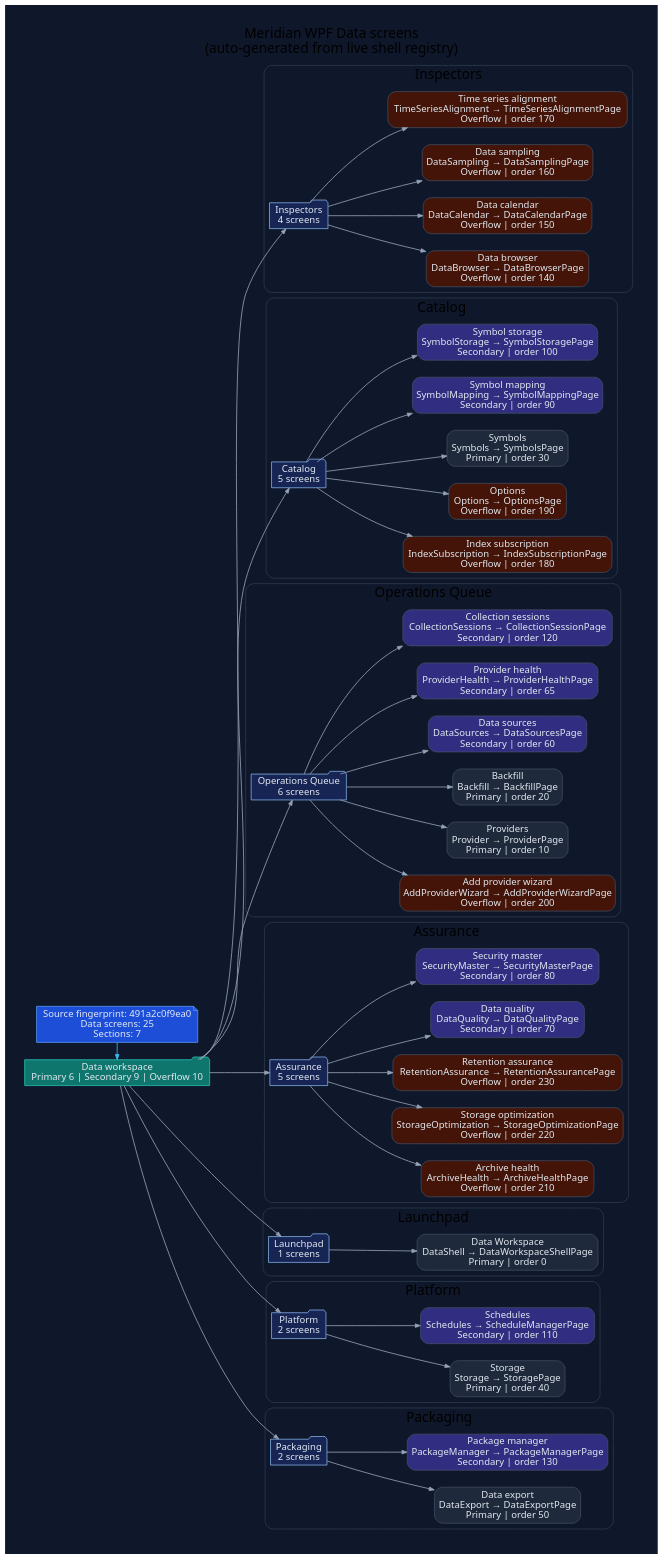
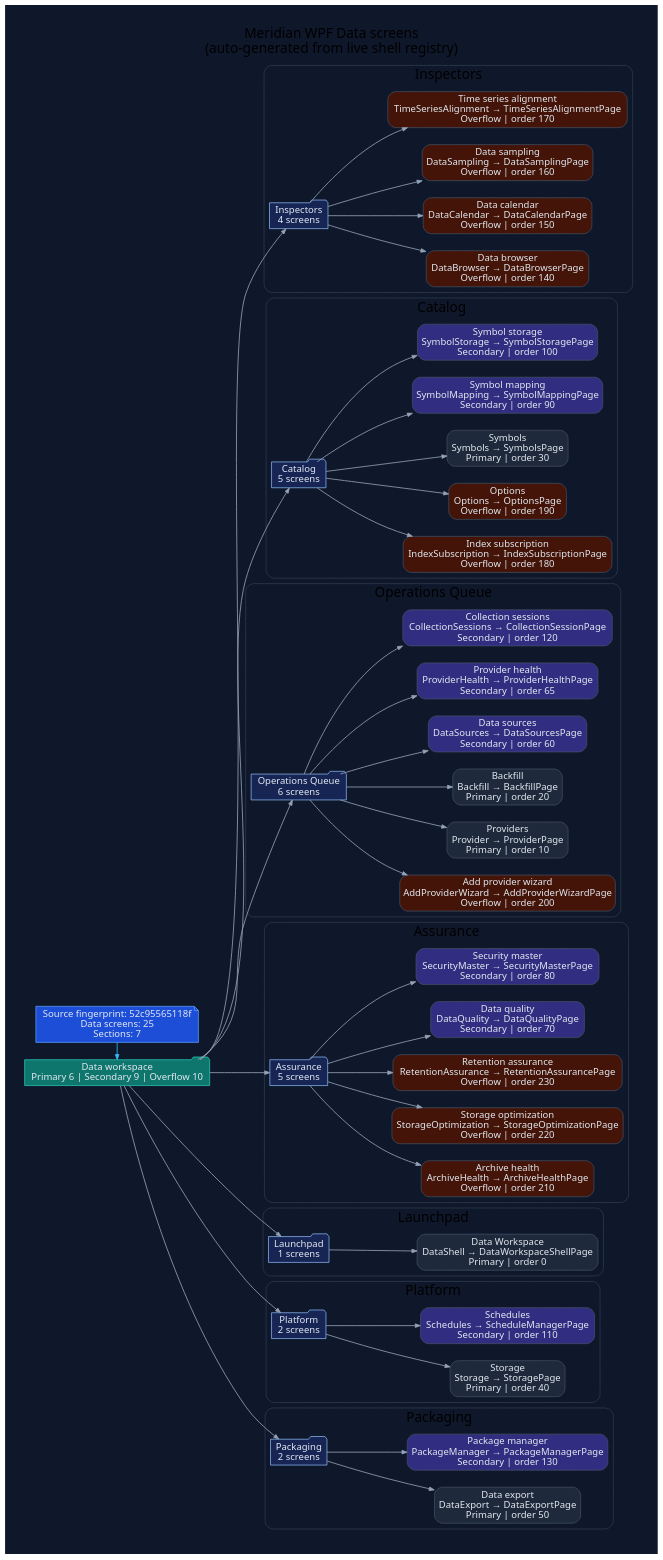
The diagram in docs/diagrams/ui-wpf-screens-data.dot (rodoHasArrived/Meridian-main), drawn with Graphviz before and after one commit. The commit also changed 197 other files, not shown here.

```diff
--- a/docs/diagrams/ui-wpf-screens-data.dot
+++ b/docs/diagrams/ui-wpf-screens-data.dot
@@ -1,132 +1,132 @@
 // -----------------------------------------------------------------------------
 // <auto-generated>
 // Generated by scripts/generate-diagrams.mjs.
 // Do not edit this file directly; update the WPF source files instead.
 // -----------------------------------------------------------------------------
 digraph WpfDataScreens {
   graph [
     rankdir=LR,
     labelloc=t,
     label="Meridian WPF Data screens\n(auto-generated from live shell registry)",
     fontname="Segoe UI",
     fontsize=20,
     pad=0.4,
     nodesep=0.35,
     ranksep=0.85,
     bgcolor="#0f172a"
   ];
   node [fontname="Segoe UI", shape=box, style="rounded,filled", color="#475569", fontcolor="#e2e8f0", fillcolor="#1e293b"];
   edge [fontname="Segoe UI", color="#94a3b8", penwidth=1.2, arrowsize=0.75];
 
-  generated [shape=note, fillcolor="#1d4ed8", color="#60a5fa", label="Source fingerprint: 491a2c0f9ea0\nData screens: 25\nSections: 7"];
+  generated [shape=note, fillcolor="#1d4ed8", color="#60a5fa", label="Source fingerprint: 52c95565118f\nData screens: 25\nSections: 7"];
   workspace [shape=folder, fillcolor="#0f766e", color="#2dd4bf", label="Data workspace\nPrimary 6 | Secondary 9 | Overflow 10"];
   generated -> workspace [color="#38bdf8"];
 
   subgraph cluster_section_1 {
     label="Inspectors";
     color="#334155";
     style="rounded";
     section_1 [shape=folder, fillcolor="#172554", color="#93c5fd", label="Inspectors\n4 screens"];
     workspace -> section_1;
     screen_DataBrowser [fillcolor="#431407", label="Data browser\nDataBrowser → DataBrowserPage\nOverflow | order 140"];
     section_1 -> screen_DataBrowser;
     screen_DataCalendar [fillcolor="#431407", label="Data calendar\nDataCalendar → DataCalendarPage\nOverflow | order 150"];
     section_1 -> screen_DataCalendar;
     screen_DataSampling [fillcolor="#431407", label="Data sampling\nDataSampling → DataSamplingPage\nOverflow | order 160"];
     section_1 -> screen_DataSampling;
     screen_TimeSeriesAlignment [fillcolor="#431407", label="Time series alignment\nTimeSeriesAlignment → TimeSeriesAlignmentPage\nOverflow | order 170"];
     section_1 -> screen_TimeSeriesAlignment;
   }
 
   subgraph cluster_section_2 {
     label="Catalog";
     color="#334155";
     style="rounded";
     section_2 [shape=folder, fillcolor="#172554", color="#93c5fd", label="Catalog\n5 screens"];
     workspace -> section_2;
     screen_IndexSubscription [fillcolor="#431407", label="Index subscription\nIndexSubscription → IndexSubscriptionPage\nOverflow | order 180"];
     section_2 -> screen_IndexSubscription;
     screen_Options [fillcolor="#431407", label="Options\nOptions → OptionsPage\nOverflow | order 190"];
     section_2 -> screen_Options;
     screen_Symbols [fillcolor="#1e293b", label="Symbols\nSymbols → SymbolsPage\nPrimary | order 30"];
     section_2 -> screen_Symbols;
     screen_SymbolMapping [fillcolor="#312e81", label="Symbol mapping\nSymbolMapping → SymbolMappingPage\nSecondary | order 90"];
     section_2 -> screen_SymbolMapping;
     screen_SymbolStorage [fillcolor="#312e81", label="Symbol storage\nSymbolStorage → SymbolStoragePage\nSecondary | order 100"];
     section_2 -> screen_SymbolStorage;
   }
 
   subgraph cluster_section_3 {
     label="Operations Queue";
     color="#334155";
     style="rounded";
     section_3 [shape=folder, fillcolor="#172554", color="#93c5fd", label="Operations Queue\n6 screens"];
     workspace -> section_3;
     screen_AddProviderWizard [fillcolor="#431407", label="Add provider wizard\nAddProviderWizard → AddProviderWizardPage\nOverflow | order 200"];
     section_3 -> screen_AddProviderWizard;
     screen_Provider [fillcolor="#1e293b", label="Providers\nProvider → ProviderPage\nPrimary | order 10"];
     section_3 -> screen_Provider;
     screen_Backfill [fillcolor="#1e293b", label="Backfill\nBackfill → BackfillPage\nPrimary | order 20"];
     section_3 -> screen_Backfill;
     screen_DataSources [fillcolor="#312e81", label="Data sources\nDataSources → DataSourcesPage\nSecondary | order 60"];
     section_3 -> screen_DataSources;
     screen_ProviderHealth [fillcolor="#312e81", label="Provider health\nProviderHealth → ProviderHealthPage\nSecondary | order 65"];
     section_3 -> screen_ProviderHealth;
     screen_CollectionSessions [fillcolor="#312e81", label="Collection sessions\nCollectionSessions → CollectionSessionPage\nSecondary | order 120"];
     section_3 -> screen_CollectionSessions;
   }
 
   subgraph cluster_section_4 {
     label="Assurance";
     color="#334155";
     style="rounded";
     section_4 [shape=folder, fillcolor="#172554", color="#93c5fd", label="Assurance\n5 screens"];
     workspace -> section_4;
     screen_ArchiveHealth [fillcolor="#431407", label="Archive health\nArchiveHealth → ArchiveHealthPage\nOverflow | order 210"];
     section_4 -> screen_ArchiveHealth;
     screen_StorageOptimization [fillcolor="#431407", label="Storage optimization\nStorageOptimization → StorageOptimizationPage\nOverflow | order 220"];
     section_4 -> screen_StorageOptimization;
     screen_RetentionAssurance [fillcolor="#431407", label="Retention assurance\nRetentionAssurance → RetentionAssurancePage\nOverflow | order 230"];
     section_4 -> screen_RetentionAssurance;
     screen_DataQuality [fillcolor="#312e81", label="Data quality\nDataQuality → DataQualityPage\nSecondary | order 70"];
     section_4 -> screen_DataQuality;
     screen_SecurityMaster [fillcolor="#312e81", label="Security master\nSecurityMaster → SecurityMasterPage\nSecondary | order 80"];
     section_4 -> screen_SecurityMaster;
   }
 
   subgraph cluster_section_5 {
     label="Launchpad";
     color="#334155";
     style="rounded";
     section_5 [shape=folder, fillcolor="#172554", color="#93c5fd", label="Launchpad\n1 screens"];
     workspace -> section_5;
     screen_DataShell [fillcolor="#1e293b", label="Data Workspace\nDataShell → DataWorkspaceShellPage\nPrimary | order 0"];
     section_5 -> screen_DataShell;
   }
 
   subgraph cluster_section_6 {
     label="Platform";
     color="#334155";
     style="rounded";
     section_6 [shape=folder, fillcolor="#172554", color="#93c5fd", label="Platform\n2 screens"];
     workspace -> section_6;
     screen_Storage [fillcolor="#1e293b", label="Storage\nStorage → StoragePage\nPrimary | order 40"];
     section_6 -> screen_Storage;
     screen_Schedules [fillcolor="#312e81", label="Schedules\nSchedules → ScheduleManagerPage\nSecondary | order 110"];
     section_6 -> screen_Schedules;
   }
 
   subgraph cluster_section_7 {
     label="Packaging";
     color="#334155";
     style="rounded";
     section_7 [shape=folder, fillcolor="#172554", color="#93c5fd", label="Packaging\n2 screens"];
     workspace -> section_7;
     screen_DataExport [fillcolor="#1e293b", label="Data export\nDataExport → DataExportPage\nPrimary | order 50"];
     section_7 -> screen_DataExport;
     screen_PackageManager [fillcolor="#312e81", label="Package manager\nPackageManager → PackageManagerPage\nSecondary | order 130"];
     section_7 -> screen_PackageManager;
   }
 
   { rank=min; generated; workspace; }
 }
```
